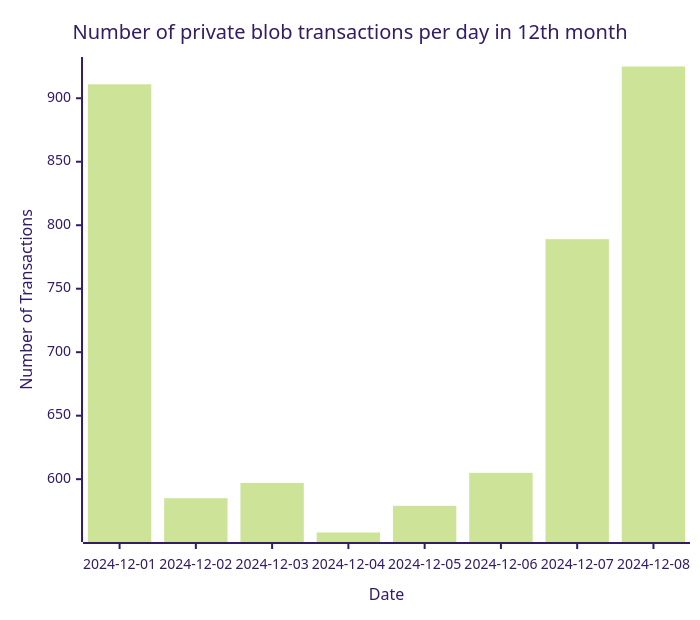
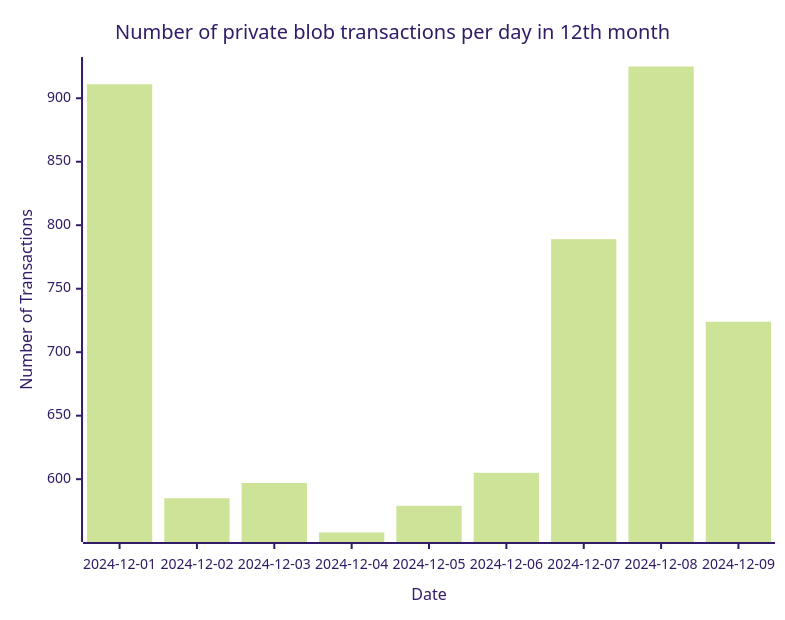
The diagram in README.md (Amit0617/eip4844-data), drawn with Mermaid (forest theme) before and after one commit. The commit also changed 1 other file, not shown here.

````diff
--- a/README.md
+++ b/README.md
@@ -1,12 +1,12 @@
 ```mermaid
 ---
 config:
     xyChart:
-        width: 680
+        width: 765
         height: 600
 ---
 xychart-beta title "Number of private blob transactions per day in 12th month"
-x-axis "Date" [2024-12-01,2024-12-02,2024-12-03,2024-12-04,2024-12-05,2024-12-06,2024-12-07,2024-12-08]
+x-axis "Date" [2024-12-01,2024-12-02,2024-12-03,2024-12-04,2024-12-05,2024-12-06,2024-12-07,2024-12-08,2024-12-09]
 y-axis "Number of Transactions"
-bar[911,585,597,558,579,605,789,925]
+bar[911,585,597,558,579,605,789,925,724]
 ```
````
